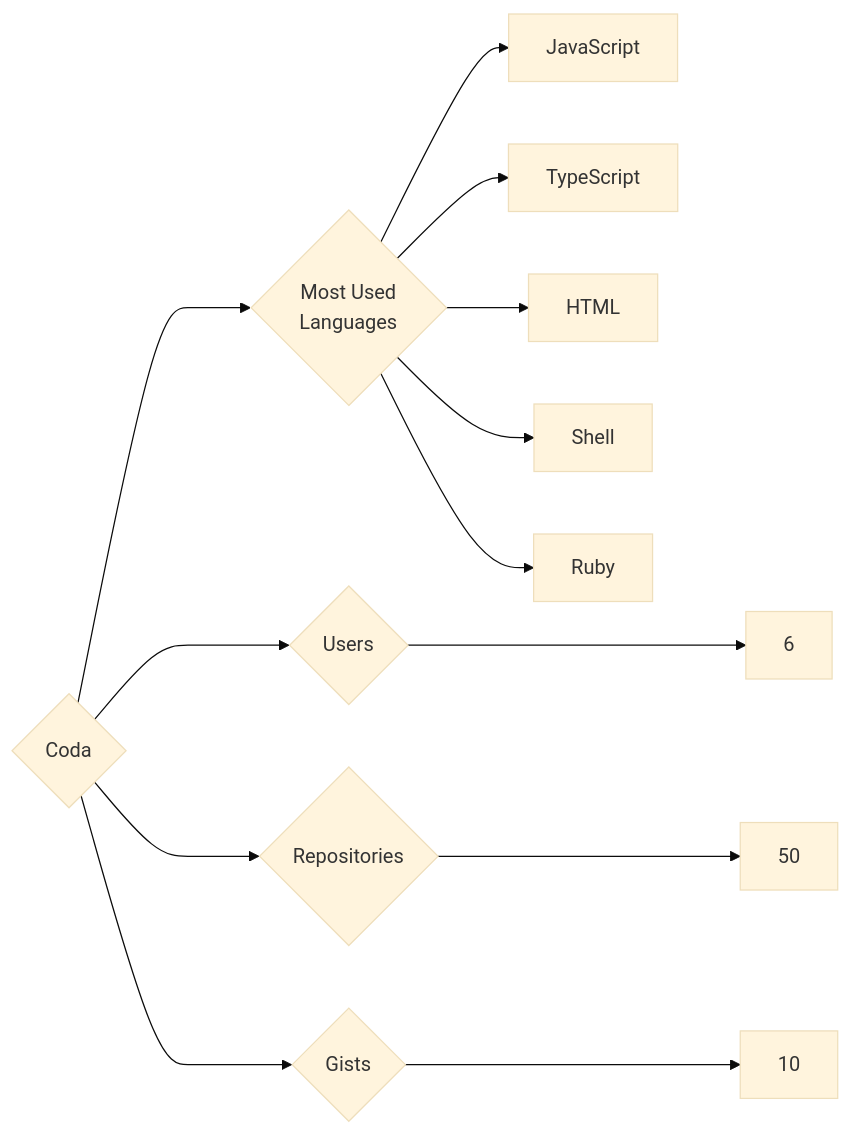
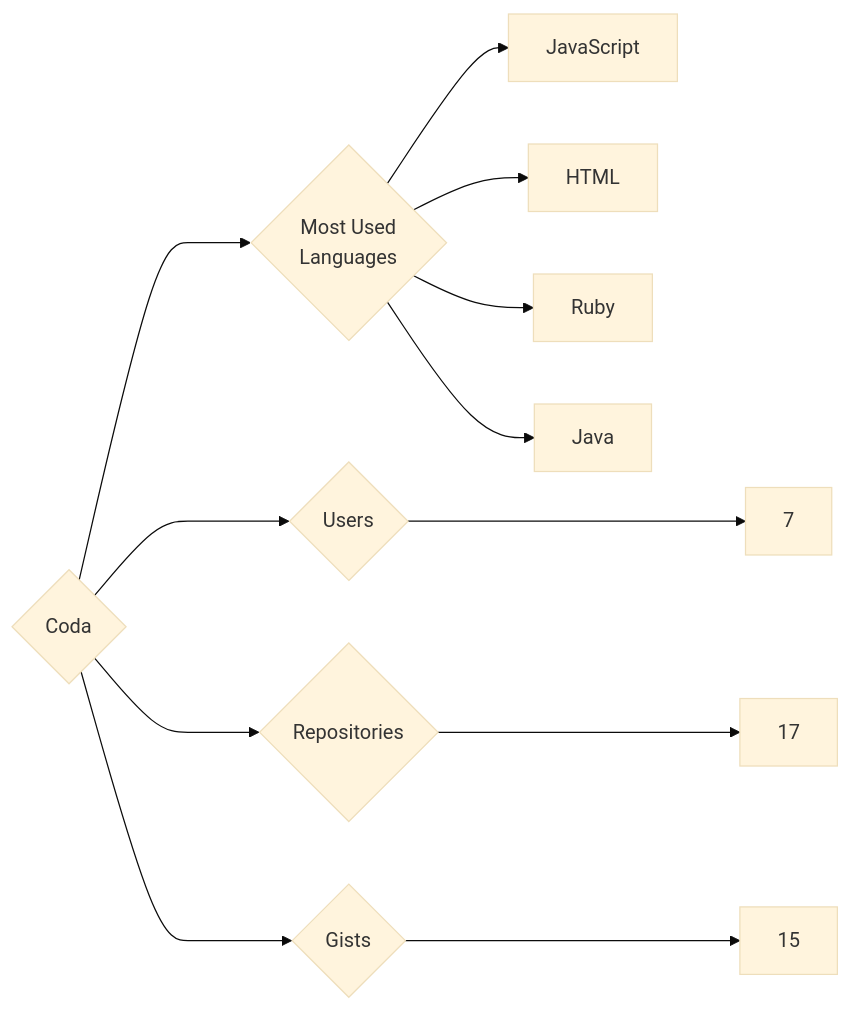
Before and after one commit to trickest/insiders: the diagram in targets/Coda/README.md, drawn with Mermaid (base theme). The commit also changed 1088 other files, not shown here.

````diff
--- a/targets/Coda/README.md
+++ b/targets/Coda/README.md
@@ -3,13 +3,12 @@
 ```mermaid
 graph LR
 COMPANY_NAME{Coda}
-COMPANY_NAME ---> U{Users} ---> UN[6]
-COMPANY_NAME ---> R{Repositories} ---> RN[50]
-COMPANY_NAME ---> G{Gists} ---> GN[10]
+COMPANY_NAME ---> U{Users} ---> UN[7]
+COMPANY_NAME ---> R{Repositories} ---> RN[17]
+COMPANY_NAME ---> G{Gists} ---> GN[15]
 COMPANY_NAME ---> ML{Most Used<br>Languages}
 ML --> JavaScript[JavaScript]
-ML --> TypeScript[TypeScript]
 ML --> HTML[HTML]
-ML --> Shell[Shell]
 ML --> Ruby[Ruby]
+ML --> Java[Java]
 ```
````
